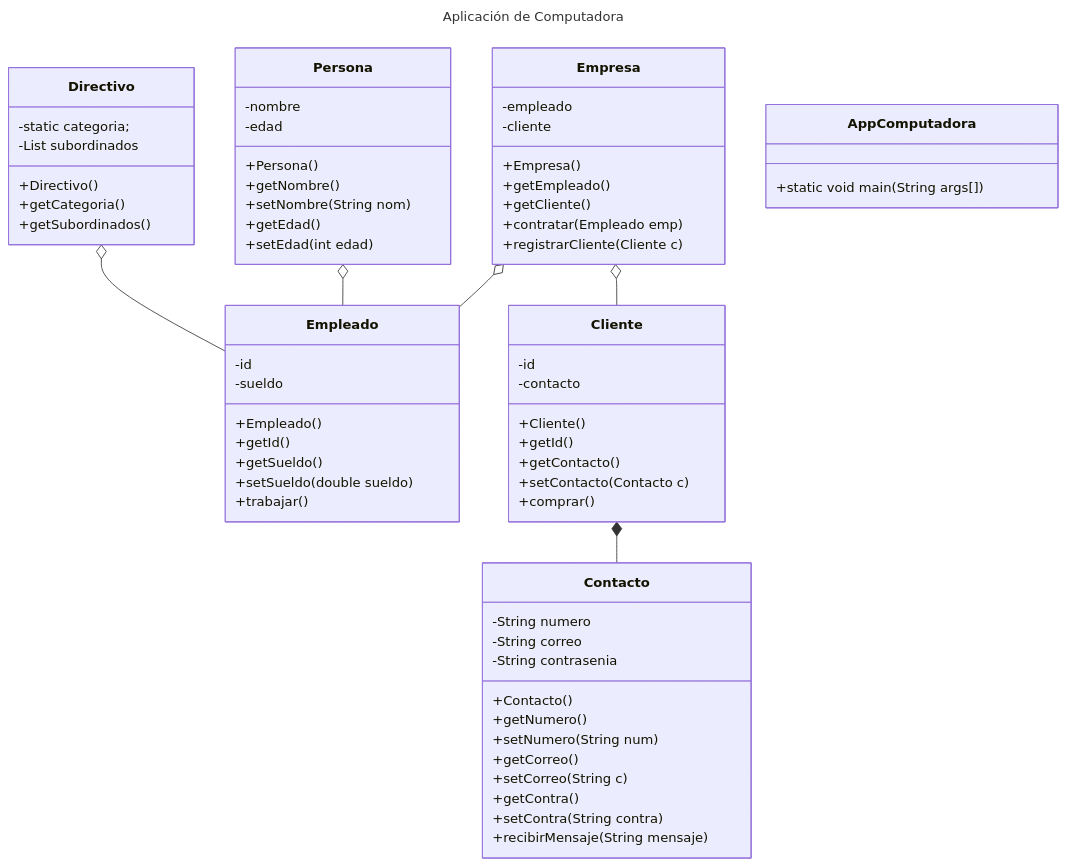
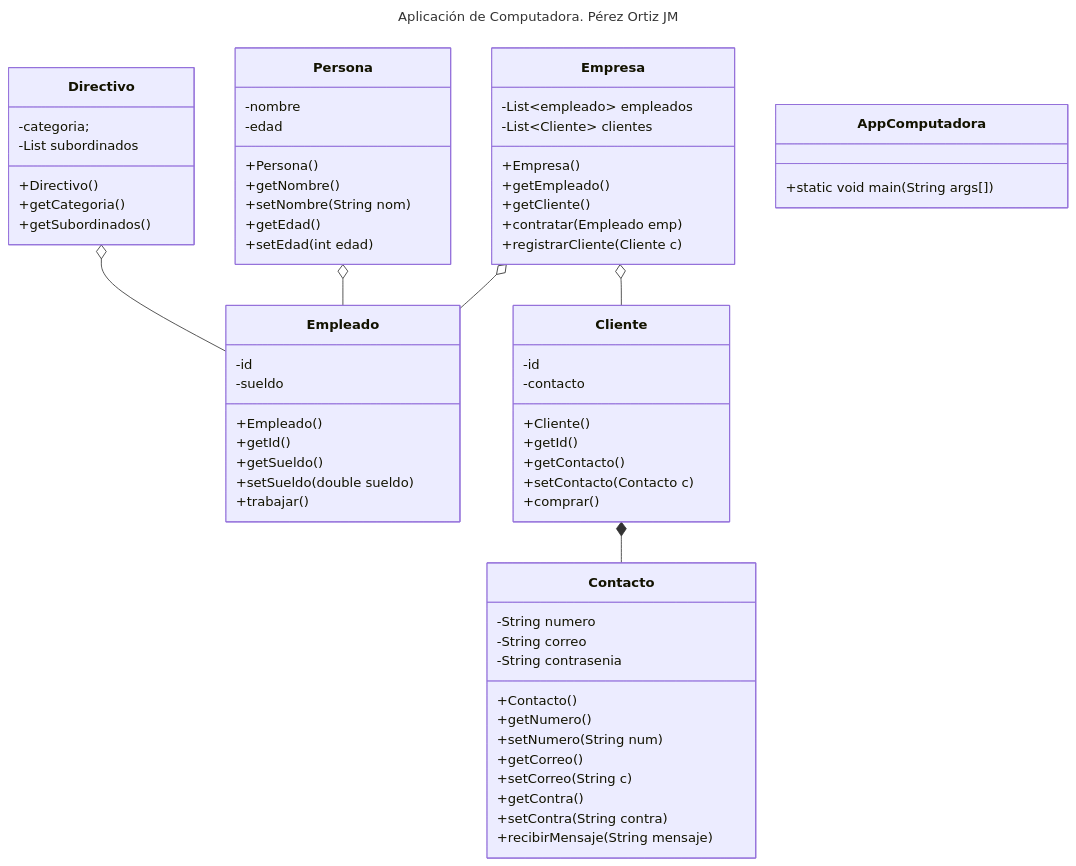
The diagram in README.md (mauryci2/Jaime-Felix-POO-Base), drawn with Mermaid before and after one commit.

Commit message:
modifique los atributos de Directivo por listas y el static categoria por categoria solamente
Updated class diagram title and modified attributes for Empresa and Directivo classes.

````diff
--- a/README.md
+++ b/README.md
@@ -7,71 +7,71 @@
 ```mermaid
 ---
-title: Aplicación de Computadora
+title: Aplicación de Computadora. Pérez Ortiz JM
 ---
 classDiagram
       %% Relaciones de agregación / composición
       Empresa o-- Empleado
       Empresa o-- Cliente
       Cliente *-- Contacto
       Persona o-- Empleado
       Directivo o-- Empleado
       class AppComputadora{
             +static void main(String args[])
       }
       class Empresa{
-            -empleado
-            -cliente
+            -List~empleado~ empleados
+            -List~Cliente~ clientes
             +Empresa()
             +getEmpleado()
             +getCliente()
             +contratar(Empleado emp)
             +registrarCliente(Cliente c)
       }
       class Directivo{
-            -static categoria;
+            -categoria;
             -List<Empleado> subordinados
             +Directivo()
             +getCategoria()
             +getSubordinados()
       }      
       class Persona{
             -nombre
             -edad
             +Persona()
             +getNombre()
             +setNombre(String nom)
             +getEdad()
             +setEdad(int edad)
       }
       class Empleado{
             -id
             -sueldo
              +Empleado()
             +getId()
             +getSueldo()
             +setSueldo(double sueldo)
             +trabajar()
       }
       class Cliente{
             -id
             -contacto
             +Cliente()
             +getId()
             +getContacto()
             +setContacto(Contacto c)
             +comprar()
       }
       class Contacto{
             -String numero
             -String correo
             -String contrasenia
             +Contacto()
             +getNumero()
             +setNumero(String num)
             +getCorreo()
             +setCorreo(String c)
             +getContra()
             +setContra(String contra)
             +recibirMensaje(String mensaje)
       }
 ```
````
